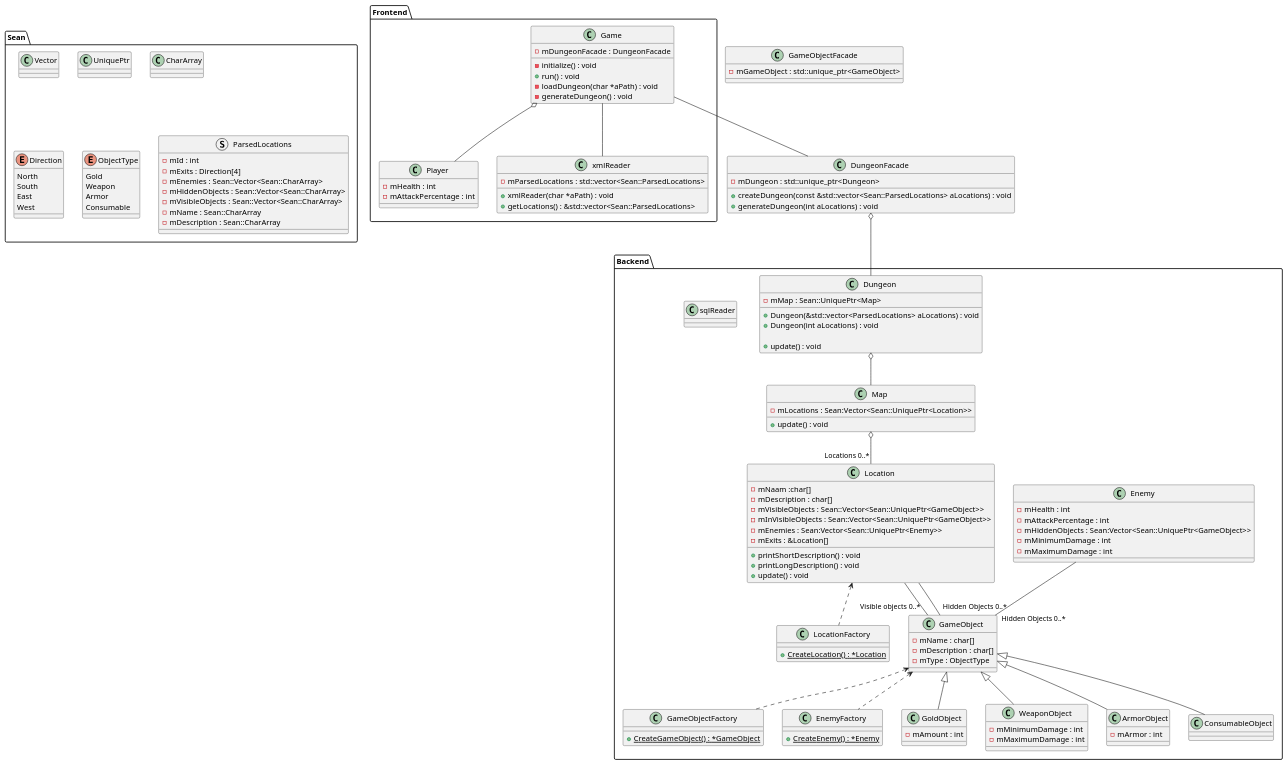
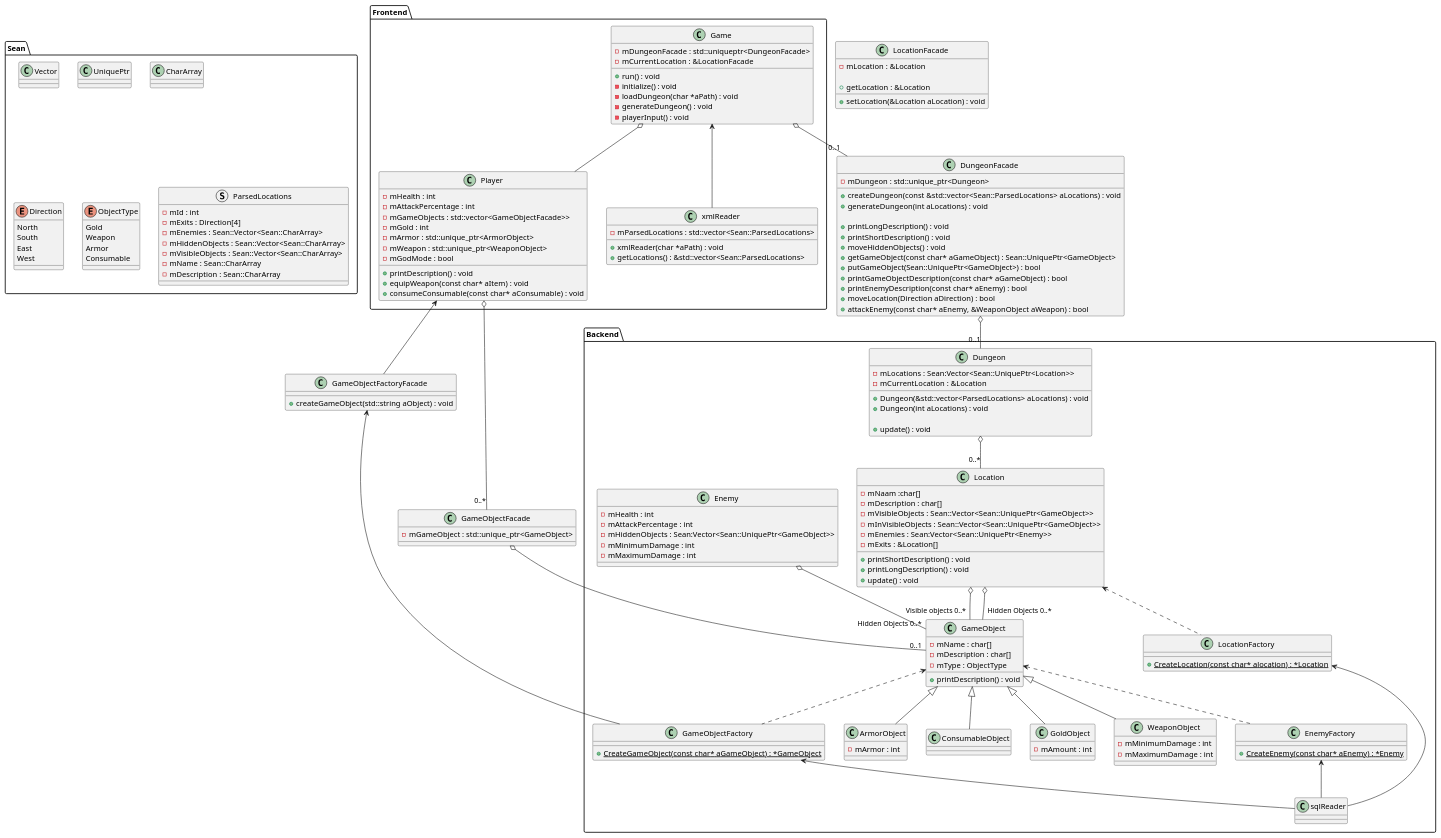
The diagram in docs/classDiagram/class.puml (heavydragon99/CPP_Assessment), drawn with PlantUML before and after one commit. The commit also changed 1 other file, not shown here.

Commit message:
Updated class diagram
Added facade classes so frontend and backend can talk to each other

```diff
--- a/docs/classDiagram/class.puml
+++ b/docs/classDiagram/class.puml
@@ -62,21 +62,23 @@
 
 
     class LocationFactory{
-        +{static} CreateLocation() : *Location
+        +{static} CreateLocation(const char* alocation) : *Location
     }
 
     class GameObjectFactory{
-        +{static} CreateGameObject() : *GameObject
+        +{static} CreateGameObject(const char* aGameObject) : *GameObject
     }
 
     class EnemyFactory{
-        +{static} CreateEnemy() : *Enemy
+        +{static} CreateEnemy(const char* aEnemy) : *Enemy
     }
 
     class GameObject{
         -mName : char[]
         -mDescription : char[]
         -mType : ObjectType
+
+        + printDescription() : void
     }
 
     class GoldObject{
@@ -102,27 +104,22 @@
 
     class ConsumableObject{}
 
-    class Map{
-        - mLocations : Sean:Vector<Sean::UniquePtr<Location>>
-
-        + update() : void
-    }
-
     class Dungeon{
         + Dungeon(&std::vector<ParsedLocations> aLocations) : void
         + Dungeon(int aLocations) : void
 
         + update() : void
 
-        - mMap : Sean::UniquePtr<Map>
+        - mLocations : Sean:Vector<Sean::UniquePtr<Location>>
+        - mCurrentLocation : &Location
     }
 
     class sqlReader{}
 
-    Location -- "Visible objects 0..*" GameObject
-    Location -- "Hidden Objects 0..*"GameObject
+    Location o-- "Visible objects 0..*" GameObject
+    Location o-- "Hidden Objects 0..*"GameObject
 
-    Enemy -- "Hidden Objects 0..*" GameObject
+    Enemy o-- "Hidden Objects 0..*" GameObject
 
     Location <.. LocationFactory
     GameObject <.. GameObjectFactory
@@ -133,9 +130,11 @@
     GameObject <|-- ArmorObject
     GameObject <|-- ConsumableObject
 
-    Map o-- "Locations 0..*" Location
+    Dungeon o-- "0..*" Location
 
-    Dungeon o-- Map
+    GameObjectFactory <-- sqlReader
+    EnemyFactory <-- sqlReader
+    LocationFactory <-- sqlReader
 
 }
 
@@ -149,15 +148,26 @@
     class Player{
         - mHealth : int
         - mAttackPercentage : int
+        - mGameObjects : std::vector<GameObjectFacade>>
+        - mGold : int
+        - mArmor : std::unique_ptr<ArmorObject>
+        - mWeapon : std::unique_ptr<WeaponObject>
+        - mGodMode : bool
+
+        + printDescription() : void
+        + equipWeapon(const char* aItem) : void
+        + consumeConsumable(const char* aConsumable) : void
     }
 
     class Game{
+        + run() : void
         - initialize() : void
-        + run() : void
         - loadDungeon(char *aPath) : void
         - generateDungeon() : void
+        - playerInput() : void
 
-        - mDungeonFacade : DungeonFacade
+        - mDungeonFacade : std::uniqueptr<DungeonFacade>
+        - mCurrentLocation : &LocationFacade
     }
 
     class xmlReader{
@@ -167,6 +177,10 @@
         - mParsedLocations : std::vector<Sean::ParsedLocations>
     }
 
+    Game o-- Player
+
+    Game <-- xmlReader
+
 }
 
 ' Misc
@@ -175,6 +189,16 @@
 
     + createDungeon(const &std::vector<Sean::ParsedLocations> aLocations) : void
     + generateDungeon(int aLocations) : void
+
+    + printLongDescription() : void
+    + printShortDescription() : void
+    + moveHiddenObjects() : void
+    + getGameObject(const char* aGameObject) : Sean::UniquePtr<GameObject>
+    + putGameObject(Sean::UniquePtr<GameObject>) : bool
+    + printGameObjectDescription(const char* aGameObject) : bool
+    + printEnemyDescription(const char* aEnemy) : bool
+    + moveLocation(Direction aDirection) : bool
+    + attackEnemy(const char* aEnemy, &WeaponObject aWeapon) : bool
 }
 
 class GameObjectFacade{
@@ -182,13 +206,27 @@
 
 }
 
+class GameObjectFactoryFacade{
+    + createGameObject(std::string aObject) : void
+}
 
-Game -- DungeonFacade
-Game o-- Player
+class LocationFacade{
+    - mLocation : &Location
 
-Game -- xmlReader
+    + getLocation : &Location
+    + setLocation(&Location aLocation) : void
+}
 
-DungeonFacade o-- Dungeon
+
+Game o-- "0..1" DungeonFacade
+
+Player o-- "0..*" GameObjectFacade
+Player <-- GameObjectFactoryFacade
+
+GameObjectFactoryFacade <-- GameObjectFactory
+
+DungeonFacade o--"0..1" Dungeon
+GameObjectFacade o--"0..1" GameObject
 
 
 
```
